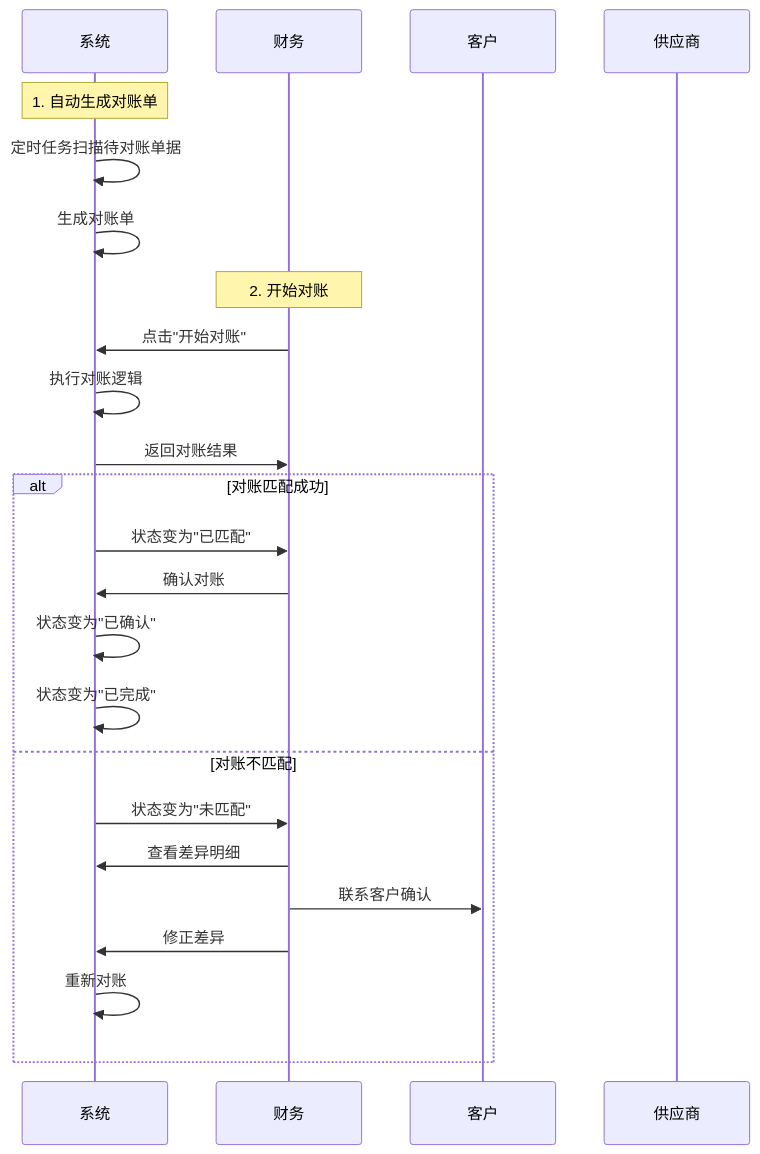
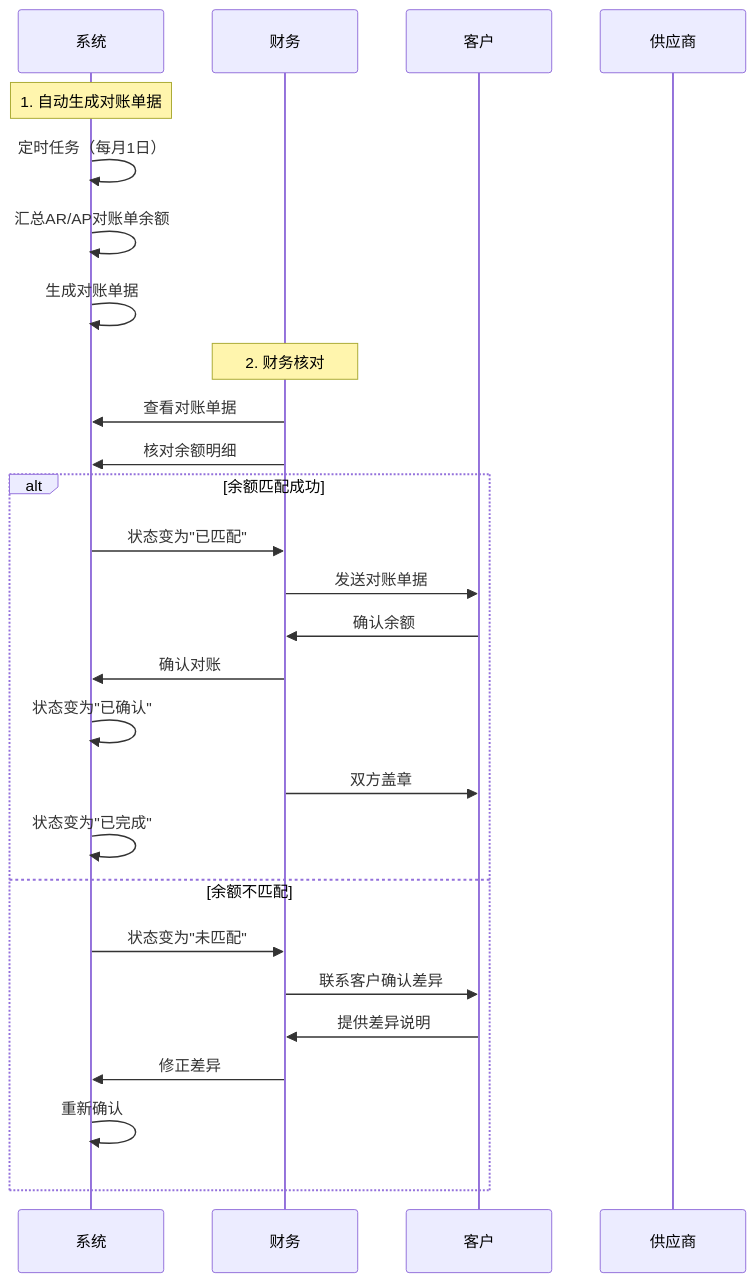
One commit to Come0520/L2C changed the second of 2 diagrams in docs/02-requirements/modules/财务模块/对账单.md. Above: the diagram before and after it, drawn with Mermaid. The commit also changed other lines of this file and 548 other files, not shown here.

````diff
--- a/docs/02-requirements/modules/财务模块/对账单.md
+++ b/docs/02-requirements/modules/财务模块/对账单.md
@@ -47,29 +103,32 @@
 ```mermaid
 sequenceDiagram
     participant System as 系统
     participant Finance as 财务
     participant Customer as 客户
     participant Supplier as 供应商
 
-    Note over System: 1. 自动生成对账单
-    System->>System: 定时任务扫描待对账单据
-    System->>System: 生成对账单
+    Note over System: 1. 自动生成对账单据
+    System->>System: 定时任务（每月1日）
+    System->>System: 汇总AR/AP对账单余额
+    System->>System: 生成对账单据
 
-    Note over Finance: 2. 开始对账
-    Finance->>System: 点击"开始对账"
-    System->>System: 执行对账逻辑
-    System->>Finance: 返回对账结果
+    Note over Finance: 2. 财务核对
+    Finance->>System: 查看对账单据
+    Finance->>System: 核对余额明细
 
-    alt 对账匹配成功
+    alt 余额匹配成功
         System->>Finance: 状态变为"已匹配"
+        Finance->>Customer: 发送对账单据
+        Customer->>Finance: 确认余额
         Finance->>System: 确认对账
         System->>System: 状态变为"已确认"
+        Finance->>Customer: 双方盖章
         System->>System: 状态变为"已完成"
-    else 对账不匹配
+    else 余额不匹配
         System->>Finance: 状态变为"未匹配"
-        Finance->>System: 查看差异明细
-        Finance->>Customer: 联系客户确认
+        Finance->>Customer: 联系客户确认差异
+        Customer->>Finance: 提供差异说明
         Finance->>System: 修正差异
-        System->>System: 重新对账
+        System->>System: 重新确认
     end
 ```
````
